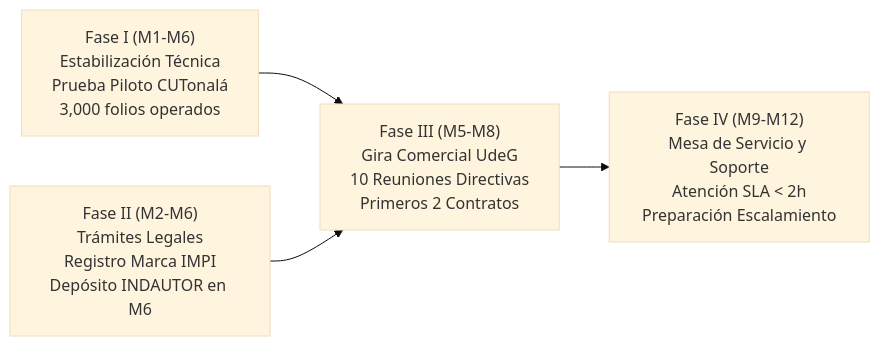
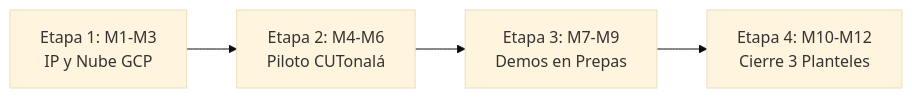
One commit to ErnestoFM/Inversion changed the fifth of 7 diagrams in docs/Propuesta_Inversion_SIGRE_Corregida.md. Above: the diagram before and after it, drawn with Mermaid (base theme). The commit also changed other lines of this file and 83 other files, not shown here.

````diff
--- a/docs/Propuesta_Inversion_SIGRE_Corregida.md
+++ b/docs/Propuesta_Inversion_SIGRE_Corregida.md
@@ -364,6 +226,5 @@
 ```mermaid
 flowchart LR
-    F1["Fase I (M1-M6)<br>Estabilización Técnica<br>Prueba Piloto CUTonalá<br>3,000 folios operados"] --> F3["Fase III (M5-M8)<br>Gira Comercial UdeG<br>10 Reuniones Directivas<br>Primeros 2 Contratos"]
-    F2["Fase II (M2-M6)<br>Trámites Legales<br>Registro Marca IMPI<br>Depósito INDAUTOR en M6"] --> F3
-    F3 --> F4["Fase IV (M9-M12)<br>Mesa de Servicio y Soporte<br>Atención SLA < 2h<br>Preparación Escalamiento"]
+    E1[Etapa 1: M1-M3<br>IP y Nube GCP] --> E2[Etapa 2: M4-M6<br>Piloto CUTonalá]
+    E2 --> E3[Etapa 3: M7-M9<br>Demos en Prepas] --> E4[Etapa 4: M10-M12<br>Cierre 3 Planteles]
 ```
````
